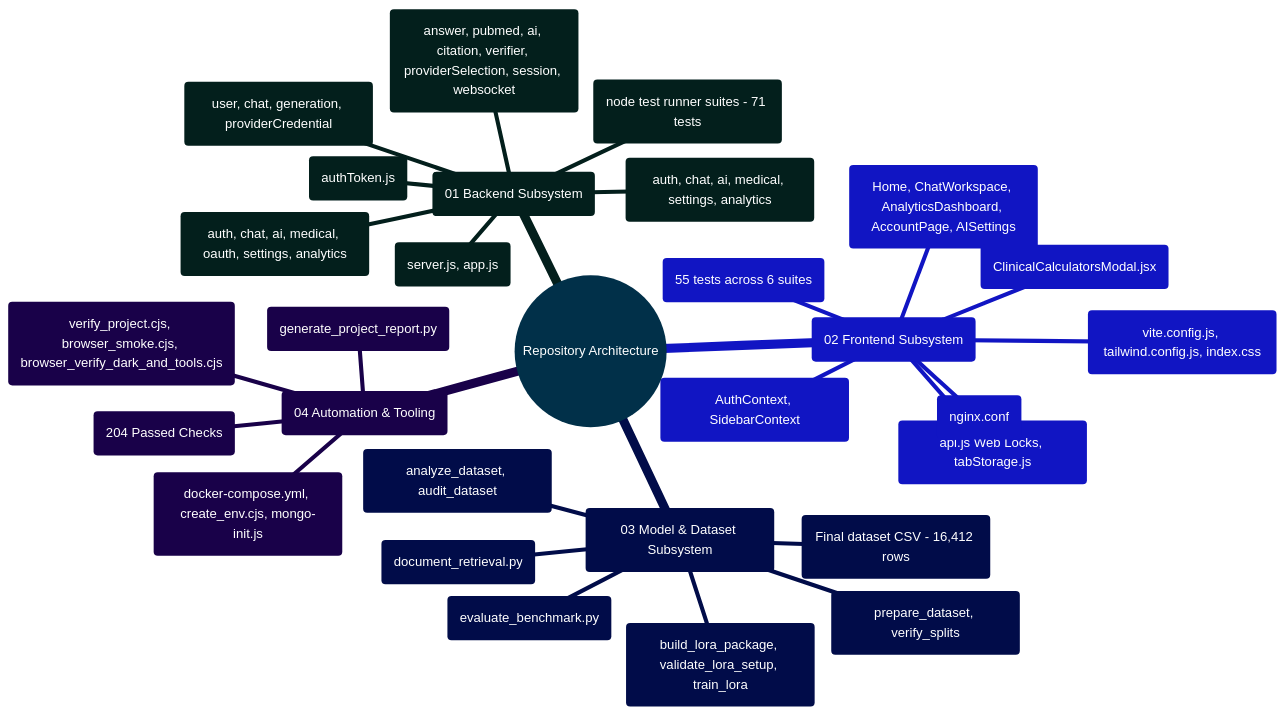
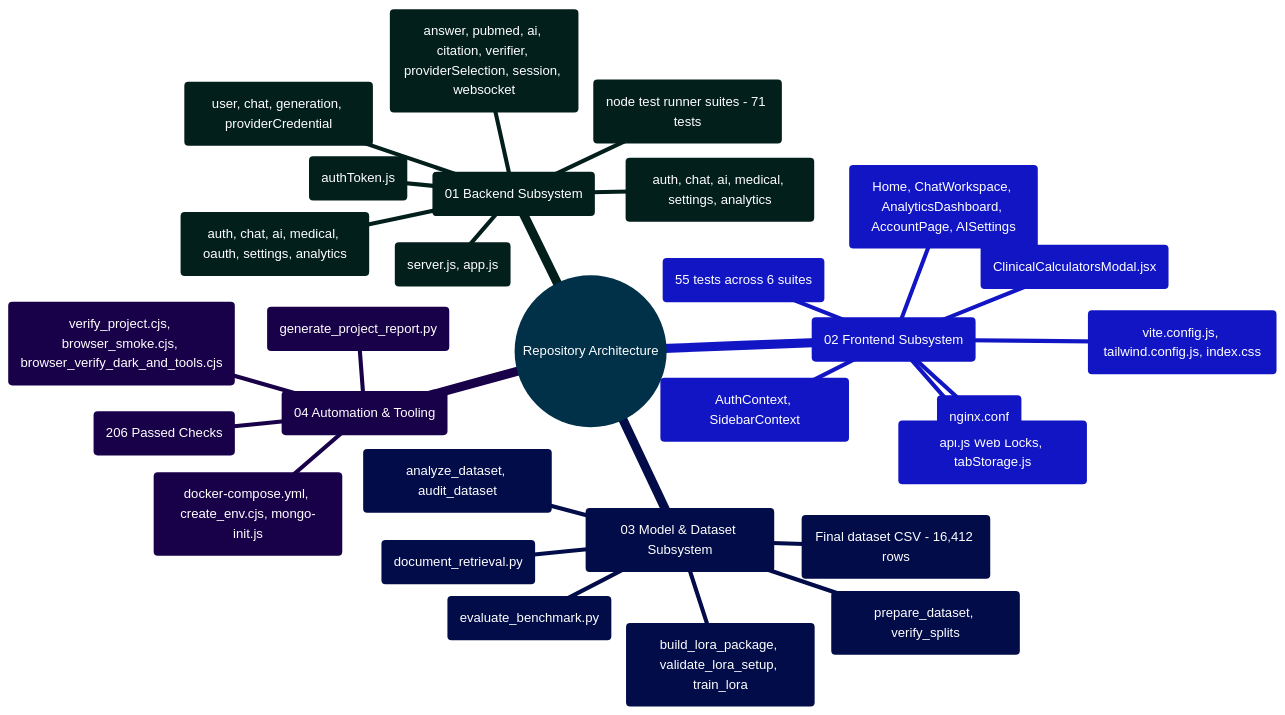
The diagram in docs/COMPLETE_FILE_DIRECTORY_REFERENCE.md (Ganesh172919/React-App-LLM), drawn with Mermaid before and after one commit. The commit also changed other lines of this file and 10 other files, not shown here.

````diff
--- a/docs/COMPLETE_FILE_DIRECTORY_REFERENCE.md
+++ b/docs/COMPLETE_FILE_DIRECTORY_REFERENCE.md
@@ -250,34 +251,34 @@
 ```mermaid
 %%{init: {'theme': 'base', 'themeVariables': { 'primaryColor': '#0284c7', 'primaryTextColor': '#ffffff', 'primaryBorderColor': '#0369a1', 'lineColor': '#0284c7', 'secondaryColor': '#0d9488', 'tertiaryColor': '#6366f1' }}}%%
 mindmap
   root((Repository Architecture))
     ::icon(fa fa-folder-open)
     (01 Backend Subsystem)
       Server & App Factory (server.js, app.js)
       Controllers (auth, chat, ai, medical, oauth, settings, analytics)
       Middleware (authToken.js)
       Mongoose Models (user, chat, generation, providerCredential)
       Routes (auth, chat, ai, medical, settings, analytics)
       Services (answer, pubmed, ai, citation, verifier, providerSelection, session, websocket)
       Automated Tests (node test runner suites - 71 tests)
     (02 Frontend Subsystem)
       Core Views (Home, ChatWorkspace, AnalyticsDashboard, AccountPage, AISettings)
       Context Providers (AuthContext, SidebarContext)
       Client Utilities (api.js Web Locks, tabStorage.js)
       18 Clinical Calculators (ClinicalCalculatorsModal.jsx)
       Vite & Tailwind (vite.config.js, tailwind.config.js, index.css)
       Nginx Configuration (nginx.conf)
       Vitest Test Suites (55 tests across 6 suites)
     (03 Model & Dataset Subsystem)
       Source Data (Final dataset CSV - 16,412 rows)
       Dataset Profilers (analyze_dataset, audit_dataset)
       Dataset Preparation (prepare_dataset, verify_splits)
       Offline Semantic Search (document_retrieval.py)
       Benchmark Analysis (evaluate_benchmark.py)
       LoRA Package (build_lora_package, validate_lora_setup, train_lora)
     (04 Automation & Tooling)
       Docker Compose & Deployment (docker-compose.yml, create_env.cjs, mongo-init.js)
       Test Automation (verify_project.cjs, browser_smoke.cjs, browser_verify_dark_and_tools.cjs)
       PDF Report Generator (generate_project_report.py)
-      Master Quality Verification (204 Passed Checks)
+      Master Quality Verification (206 Passed Checks)
 ```
````
